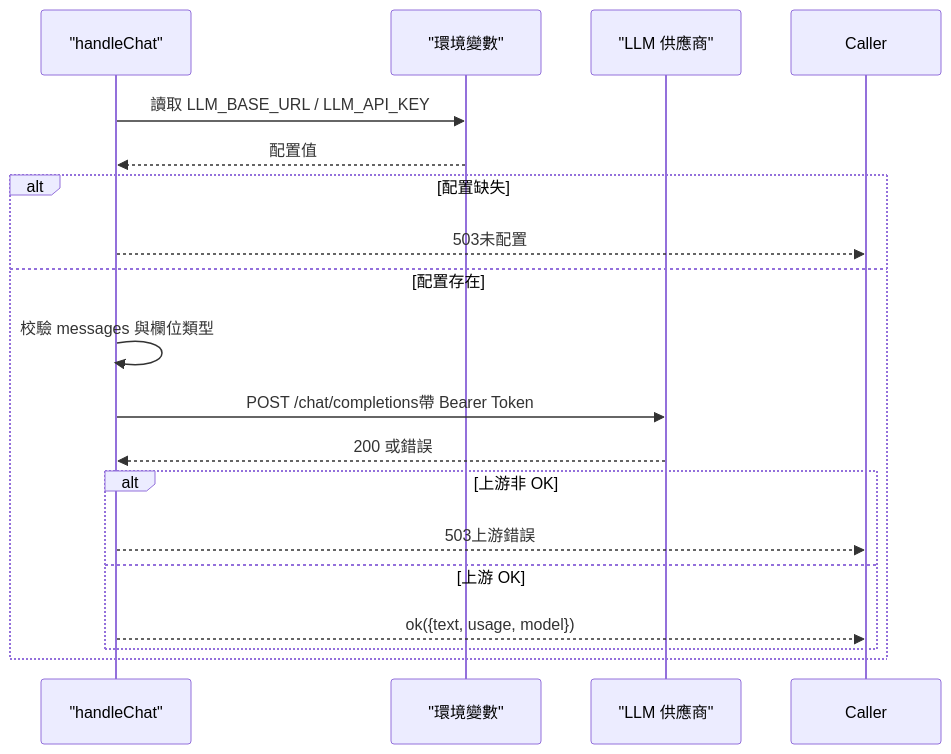
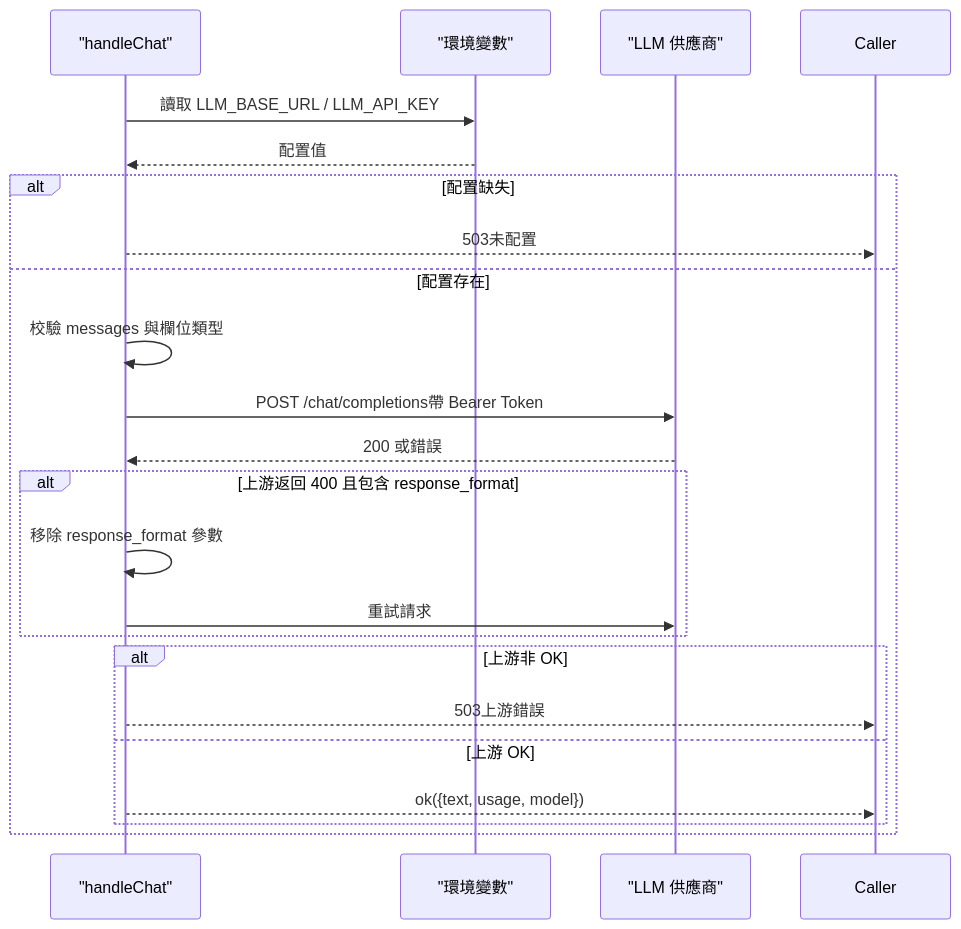
One commit to Ichi-Hackton/WAIC-WeChat-MiniProgram changed the fourth of 8 diagrams in .qoder/repowiki/zh/content/云端服务/云端服务.md. Above: the diagram before and after it, drawn with Mermaid. The commit also changed other lines of this file and 33 other files, not shown here.

````diff
--- a/.qoder/repowiki/zh/content/云端服务/云端服务.md
+++ b/.qoder/repowiki/zh/content/云端服务/云端服务.md
@@ -167,20 +190,24 @@
 ```mermaid
 sequenceDiagram
 participant Handler as "handleChat"
 participant Env as "環境變數"
 participant Up as "LLM 供應商"
 Handler->>Env : 讀取 LLM_BASE_URL / LLM_API_KEY
 Env-->>Handler : 配置值
 alt 配置缺失
 Handler-->>Caller : 503未配置
 else 配置存在
 Handler->>Handler : 校驗 messages 與欄位類型
 Handler->>Up : POST /chat/completions帶 Bearer Token
 Up-->>Handler : 200 或錯誤
+alt 上游返回 400 且包含 response_format
+Handler->>Handler : 移除 response_format 參數
+Handler->>Up : 重試請求
+end
 alt 上游非 OK
 Handler-->>Caller : 503上游錯誤
 else 上游 OK
 Handler-->>Caller : ok({text, usage, model})
 end
 end
 ```
````
